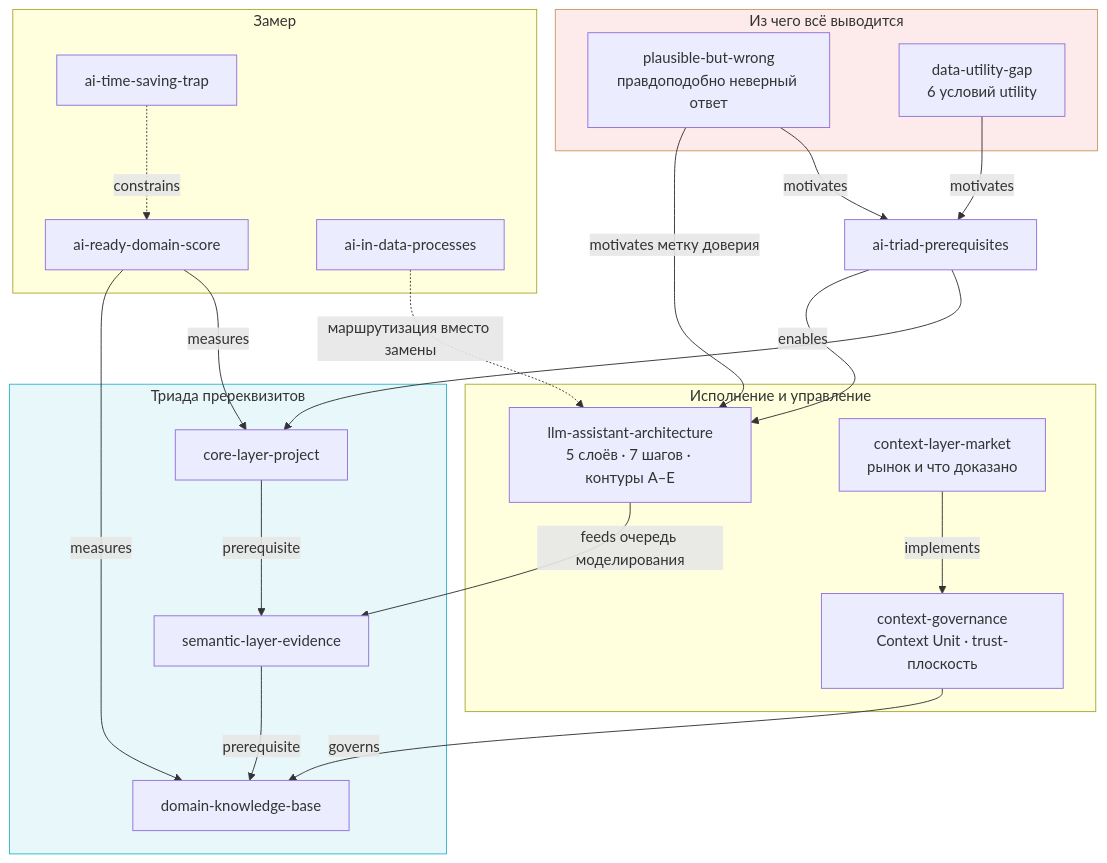
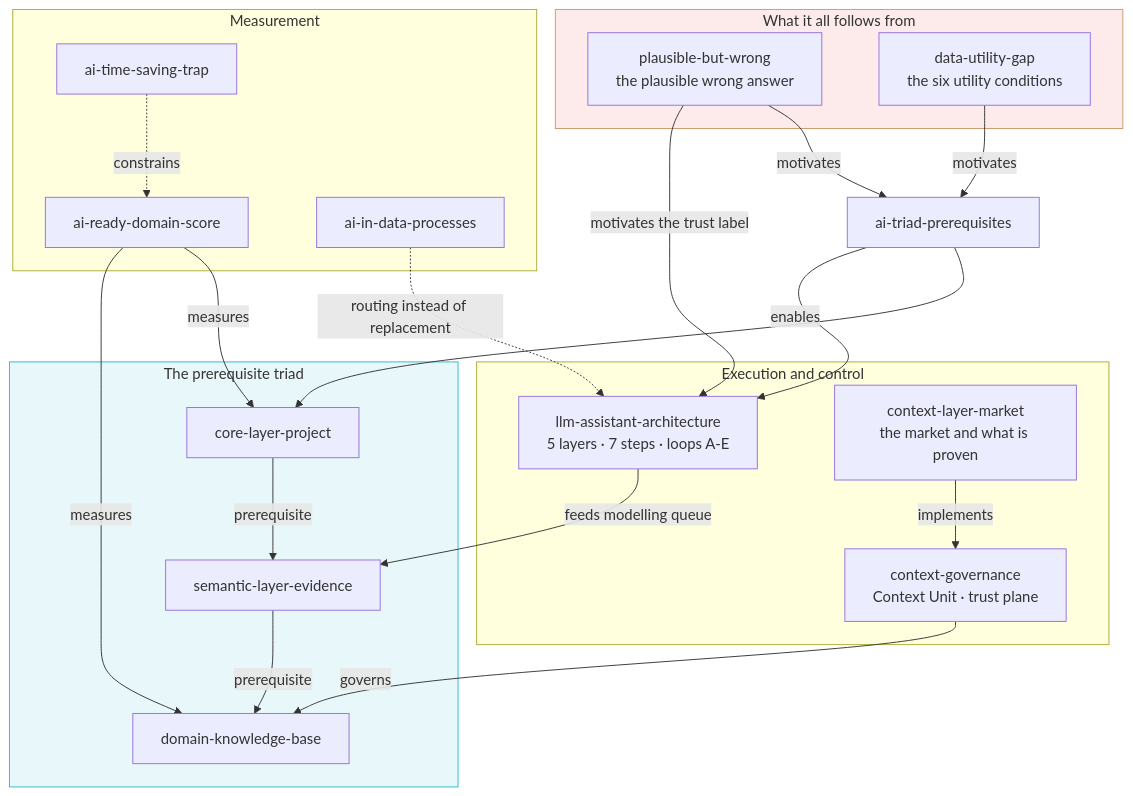
One commit to alexbarakov/BI-strategy-self-consulting-agent changed the third of 10 diagrams in references/kb/30-graph.md. Above: the diagram before and after it, drawn with Mermaid. The commit also changed other lines of this file, not shown here.

Commit message:
Translate the visual theme graph (batch 3, part 2)

````diff
--- a/references/kb/30-graph.md
+++ b/references/kb/30-graph.md
@@ -62,43 +62,43 @@
 ```mermaid
 flowchart TB
-  subgraph risk["Из чего всё выводится"]
-    PBW["plausible-but-wrong<br/>правдоподобно неверный ответ"]
-    DUG["data-utility-gap<br/>6 условий utility"]
+  subgraph risk["What it all follows from"]
+    PBW["plausible-but-wrong<br/>the plausible wrong answer"]
+    DUG["data-utility-gap<br/>the six utility conditions"]
   end
 
-  subgraph triad["Триада пререквизитов"]
+  subgraph triad["The prerequisite triad"]
     CORE["core-layer-project"]
     SEM["semantic-layer-evidence"]
     DKB["domain-knowledge-base"]
   end
 
-  subgraph run["Исполнение и управление"]
-    ARCH["llm-assistant-architecture<br/>5 слоёв · 7 шагов · контуры A–E"]
-    CG["context-governance<br/>Context Unit · trust-плоскость"]
-    CLM["context-layer-market<br/>рынок и что доказано"]
+  subgraph run["Execution and control"]
+    ARCH["llm-assistant-architecture<br/>5 layers · 7 steps · loops A-E"]
+    CG["context-governance<br/>Context Unit · trust plane"]
+    CLM["context-layer-market<br/>the market and what is proven"]
   end
 
-  subgraph meas["Замер"]
+  subgraph meas["Measurement"]
     SCORE["ai-ready-domain-score"]
     TRAP["ai-time-saving-trap"]
     AID["ai-in-data-processes"]
   end
 
   PBW -->|motivates| TRIADN["ai-triad-prerequisites"]
   DUG -->|motivates| TRIADN
   TRIADN --> CORE
   CORE -->|prerequisite| SEM
   SEM -->|prerequisite| DKB
   TRIADN -->|enables| ARCH
   CG -->|governs| DKB
   CLM -->|implements| CG
-  ARCH -->|feeds очередь моделирования| SEM
-  PBW -->|motivates метку доверия| ARCH
+  ARCH -->|feeds modelling queue| SEM
+  PBW -->|motivates the trust label| ARCH
   SCORE -->|measures| CORE
   SCORE -->|measures| DKB
   TRAP -.->|constrains| SCORE
-  AID -.->|маршрутизация вместо замены| ARCH
+  AID -.->|routing instead of replacement| ARCH
 
   style triad fill:#e8f7f9,stroke:#2fb9ca
   style risk fill:#fdeaea,stroke:#c96
 ```
````
